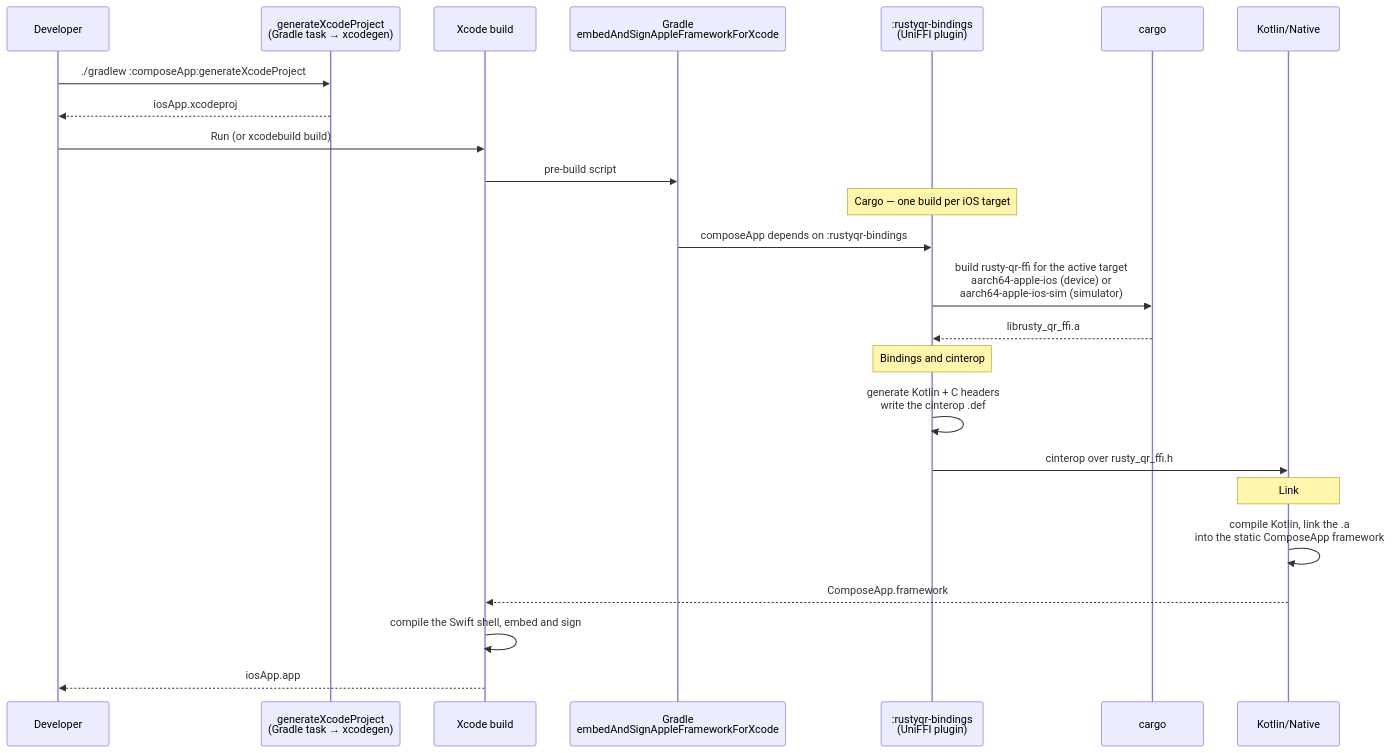
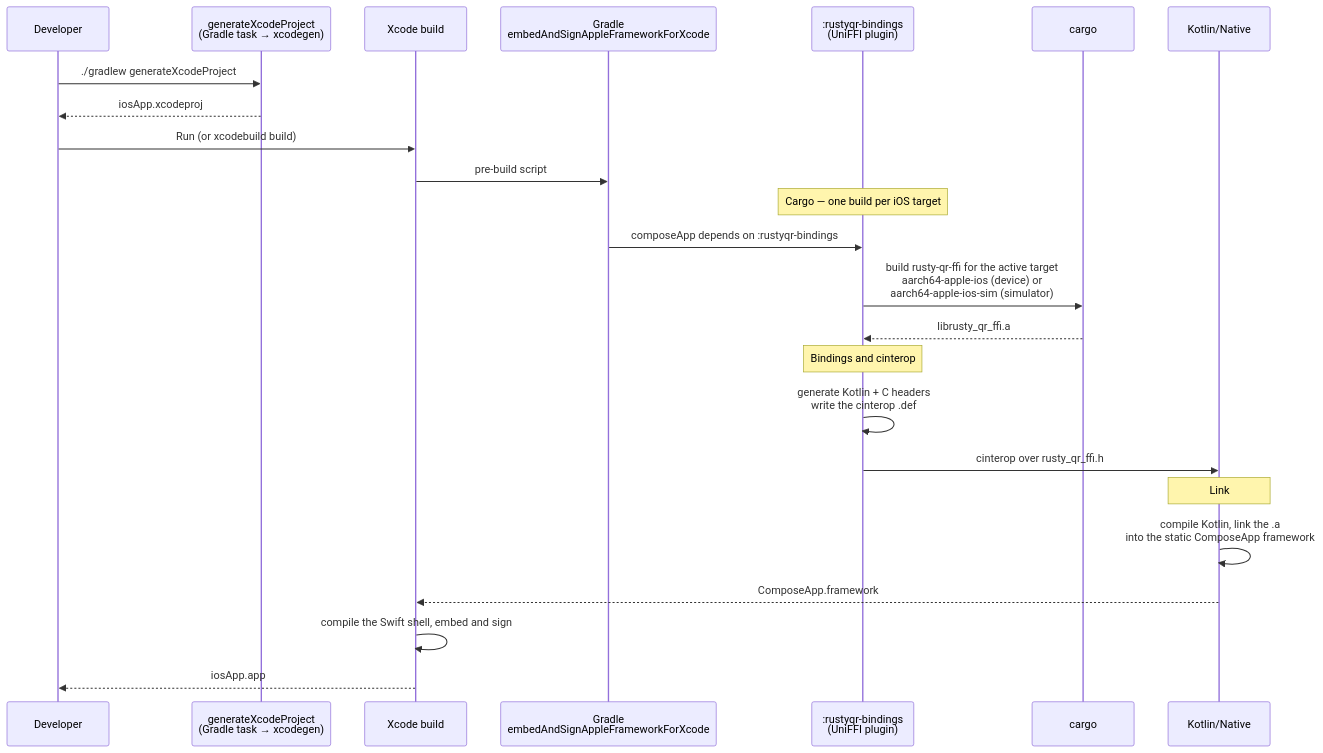
The fourth of 7 diagrams in docs/ARCHITECTURE.md (prasannajeet/RustyQR), drawn with Mermaid before and after one commit. The commit also changed 14 other files, not shown here.

````diff
--- a/docs/ARCHITECTURE.md
+++ b/docs/ARCHITECTURE.md
@@ -313,31 +313,31 @@
 ```mermaid
 sequenceDiagram
     participant Dev as Developer
     participant XG as generateXcodeProject<br/>(Gradle task → xcodegen)
     participant Xcode as Xcode build
     participant G as Gradle<br/>embedAndSignAppleFrameworkForXcode
     participant B as :rustyqr-bindings<br/>(UniFFI plugin)
     participant C as cargo
     participant K as Kotlin/Native
 
-    Dev->>XG: ./gradlew :composeApp:generateXcodeProject
+    Dev->>XG: ./gradlew generateXcodeProject
     XG-->>Dev: iosApp.xcodeproj
 
     Dev->>Xcode: Run (or xcodebuild build)
     Xcode->>G: pre-build script
 
     Note over B: Cargo — one build per iOS target
     G->>B: composeApp depends on :rustyqr-bindings
     B->>C: build rusty-qr-ffi for the active target<br/>aarch64-apple-ios (device) or<br/>aarch64-apple-ios-sim (simulator)
     C-->>B: librusty_qr_ffi.a
 
     Note over B: Bindings and cinterop
     B->>B: generate Kotlin + C headers<br/>write the cinterop .def
     B->>K: cinterop over rusty_qr_ffi.h
 
     Note over K: Link
     K->>K: compile Kotlin, link the .a<br/>into the static ComposeApp framework
     K-->>Xcode: ComposeApp.framework
     Xcode->>Xcode: compile the Swift shell, embed and sign
     Xcode-->>Dev: iosApp.app
 ```
````
